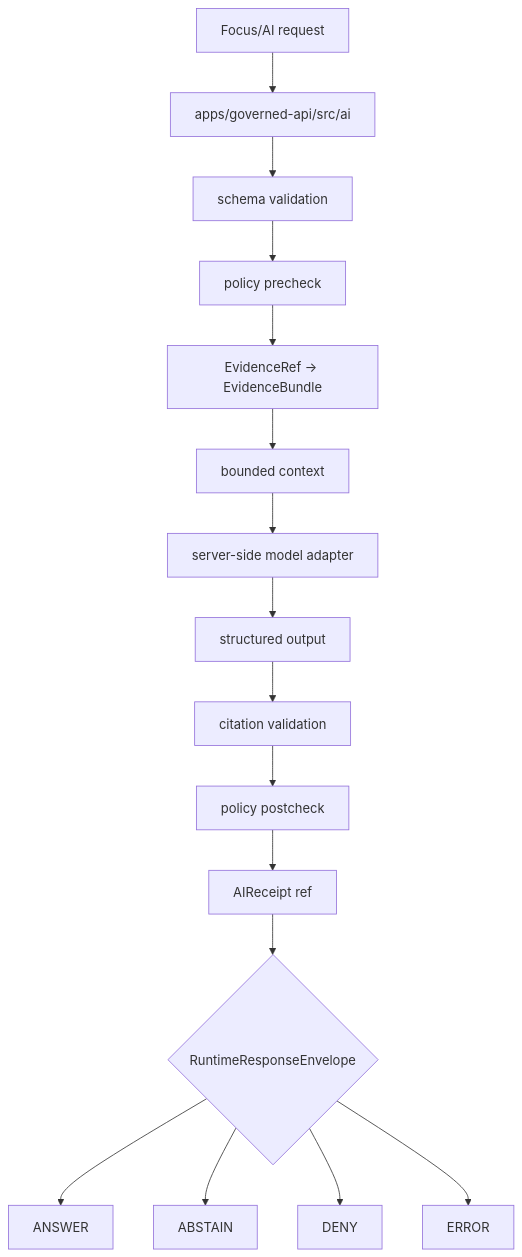
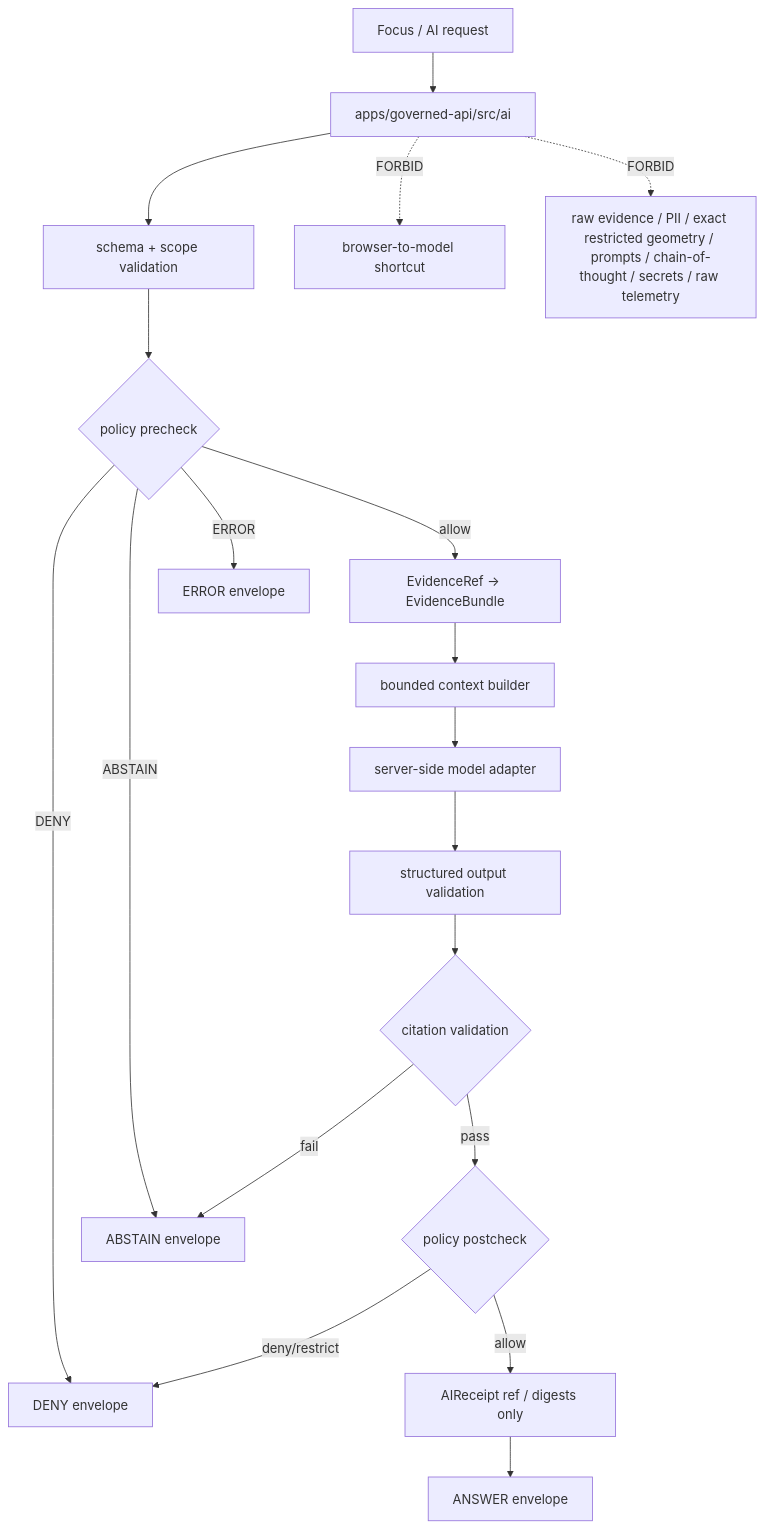
The diagram in apps/governed-api/src/ai/README.md (bartytime4life/Kansas-Frontier-Matrix), drawn with Mermaid before and after one commit. The commit also changed other lines of this file, not shown here.

Commit message:
docs: update governed api ai source readme

````diff
--- a/apps/governed-api/src/ai/README.md
+++ b/apps/governed-api/src/ai/README.md
@@ -220,18 +288,21 @@
 ```mermaid
 flowchart TD
-    req["Focus/AI request"] --> ai["apps/governed-api/src/ai"]
-    ai --> schema["schema validation"]
-    schema --> pre["policy precheck"]
-    pre --> evidence["EvidenceRef -> EvidenceBundle"]
-    evidence --> context["bounded context"]
+    req["Focus / AI request"] --> src["apps/governed-api/src/ai"]
+    src --> schema["schema + scope validation"]
+    schema --> pre{"policy precheck"}
+    pre -->|DENY| deny["DENY envelope"]
+    pre -->|ABSTAIN| abstain["ABSTAIN envelope"]
+    pre -->|ERROR| error["ERROR envelope"]
+    pre -->|allow| evidence["EvidenceRef -> EvidenceBundle"]
+    evidence --> context["bounded context builder"]
     context --> adapter["server-side model adapter"]
-    adapter --> structured["structured output"]
-    structured --> citations["citation validation"]
-    citations --> post["policy postcheck"]
-    post --> receipt["AIReceipt ref"]
-    receipt --> envelope{"RuntimeResponseEnvelope"}
-    envelope --> answer["ANSWER"]
-    envelope --> abstain["ABSTAIN"]
-    envelope --> deny["DENY"]
-    envelope --> error["ERROR"]
+    adapter --> structured["structured output validation"]
+    structured --> citations{"citation validation"}
+    citations -->|fail| abstain
+    citations -->|pass| post{"policy postcheck"}
+    post -->|deny/restrict| deny
+    post -->|allow| receipt["AIReceipt ref / digests only"]
+    receipt --> answer["ANSWER envelope"]
+    src -. FORBID .-> browser["browser-to-model shortcut"]
+    src -. FORBID .-> raw["raw evidence / PII / exact restricted geometry / prompts / chain-of-thought / secrets / raw telemetry"]
 ```
````
